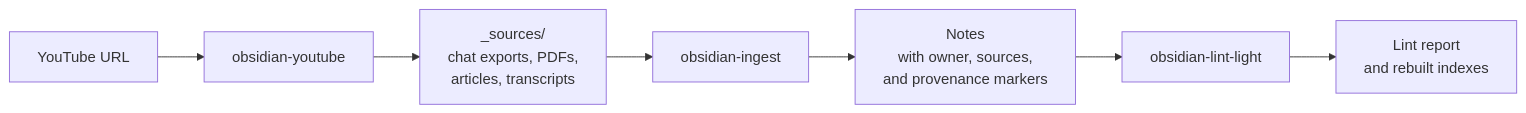
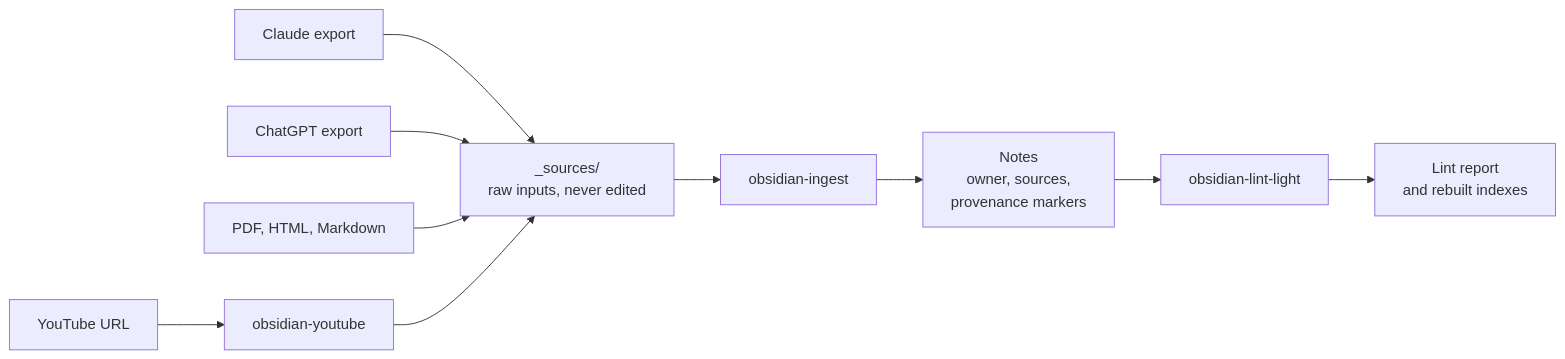
One commit to DoxaLogosGit/obsidian-agent-vault changed the diagram in README.md. Above: the diagram before and after it, drawn with Mermaid. The commit also changed other lines of this file and 9 other files, not shown here.

````diff
--- a/README.md
+++ b/README.md
@@ -27,8 +41,11 @@
 ```mermaid
 flowchart LR
-    S["_sources/<br/>chat exports, PDFs,<br/>articles, transcripts"] --> I[obsidian-ingest]
+    C[Claude export] --> S
+    G[ChatGPT export] --> S
+    D[PDF, HTML, Markdown] --> S
     Y[YouTube URL] --> YT[obsidian-youtube] --> S
-    I --> N["Notes<br/>with owner, sources,<br/>and provenance markers"]
+    S["_sources/<br/>raw inputs, never edited"] --> I[obsidian-ingest]
+    I --> N["Notes<br/>owner, sources,<br/>provenance markers"]
     N --> L[obsidian-lint-light]
     L --> R["Lint report<br/>and rebuilt indexes"]
 ```
````
